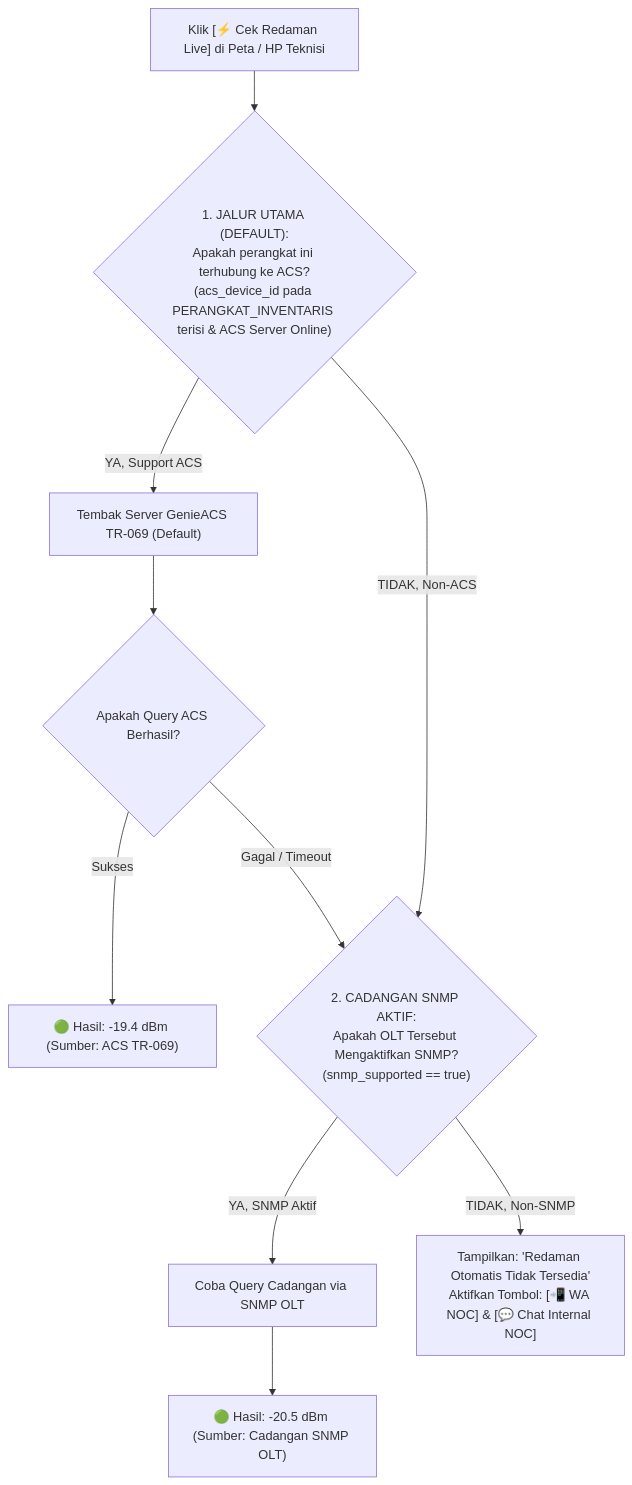
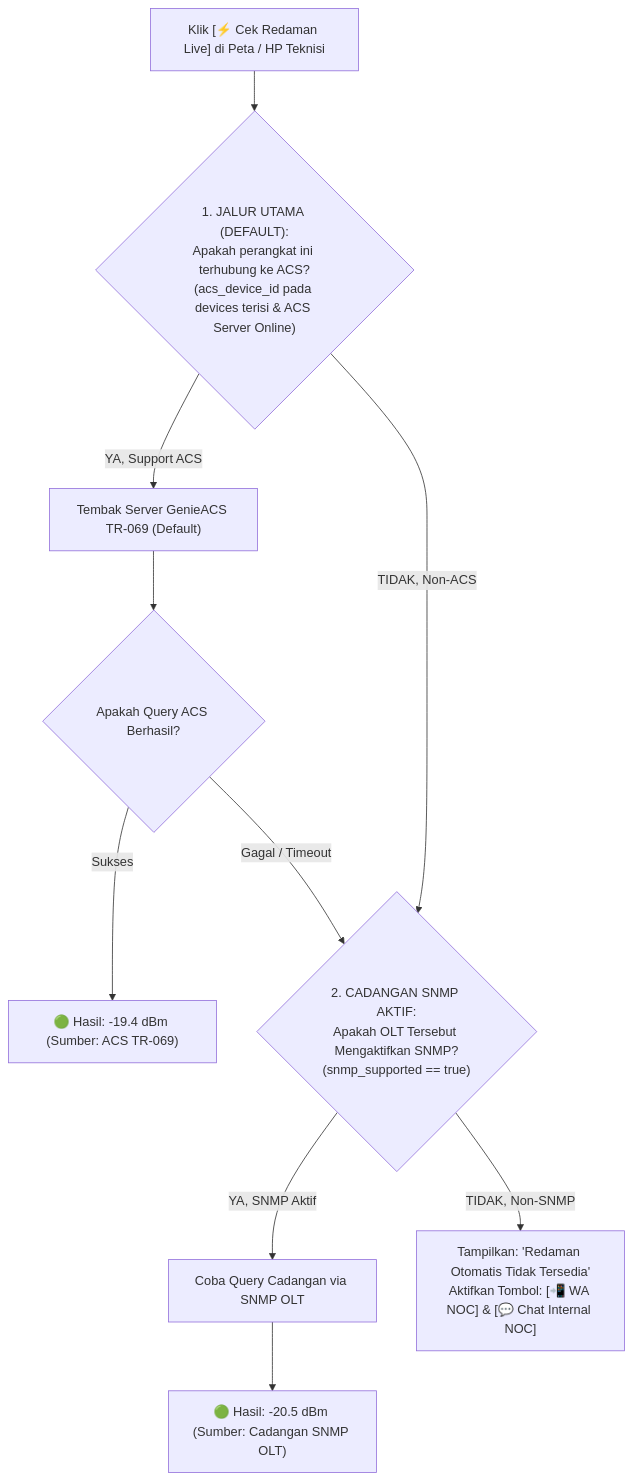
The seventh of 16 diagrams in docs/cara-kerja.md (revroger007/billing-isp-v2), drawn with Mermaid before and after one commit. The commit also changed other lines of this file and 2 other files, not shown here.

````diff
--- a/docs/cara-kerja.md
+++ b/docs/cara-kerja.md
@@ -806,16 +806,16 @@
 ```mermaid
 flowchart TD
-    START["Klik [⚡ Cek Redaman Live] di Peta / HP Teknisi"] --> CHECK_ACS{"1. JALUR UTAMA (DEFAULT):\nApakah perangkat ini terhubung ke ACS?\n(acs_device_id pada PERANGKAT_INVENTARIS terisi & ACS Server Online)"}
+    START["Klik [⚡ Cek Redaman Live] di Peta / HP Teknisi"] --> CHECK_ACS{"1. JALUR UTAMA (DEFAULT):\nApakah perangkat ini terhubung ke ACS?\n(acs_device_id pada devices terisi & ACS Server Online)"}
 
     CHECK_ACS -->|YA, Support ACS| RUN_ACS["Tembak Server GenieACS TR-069 (Default)"]
     RUN_ACS --> ACS_OK{"Apakah Query ACS Berhasil?"}
     ACS_OK -->|Sukses| SHOW_ACS["🟢 Hasil: -19.4 dBm (Sumber: ACS TR-069)"]
     
     ACS_OK -->|Gagal / Timeout| CHECK_SNMP_OPTIONAL{"2. CADANGAN SNMP AKTIF:\nApakah OLT Tersebut Mengaktifkan SNMP?\n(snmp_supported == true)"}
     CHECK_ACS -->|TIDAK, Non-ACS| CHECK_SNMP_OPTIONAL
 
     CHECK_SNMP_OPTIONAL -->|YA, SNMP Aktif| RUN_SNMP["Coba Query Cadangan via SNMP OLT"]
     RUN_SNMP --> SHOW_SNMP["🟢 Hasil: -20.5 dBm (Sumber: Cadangan SNMP OLT)"]
     
     CHECK_SNMP_OPTIONAL -->|TIDAK, Non-SNMP| MANUAL_FALLBACK["Tampilkan: 'Redaman Otomatis Tidak Tersedia'\nAktifkan Tombol: [📲 WA NOC] & [💬 Chat Internal NOC]"]
 ```
````
